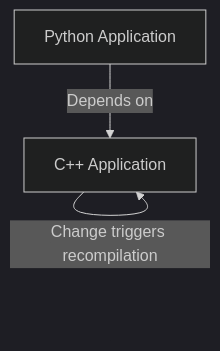
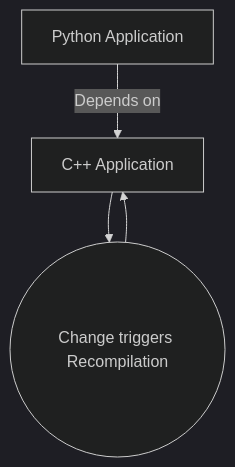
The third of 3 diagrams in 2025-02-munich-meetup/slides.md (Hofer-Julian/slidev-presentations), drawn with Mermaid (dark theme) before and after one commit. The commit also changed other lines of this file and 4 other files, not shown here.

````diff
--- a/2025-02-munich-meetup/slides.md
+++ b/2025-02-munich-meetup/slides.md
@@ -493,5 +504,6 @@
 ```mermaid
-graph TD
+graph TB
     A[Python Application] -->|Depends on| B[C++ Application]
-    B -->|Change triggers recompilation| B
+    B --> C((Change triggers Recompilation))
+    C --> B
 ```
````
